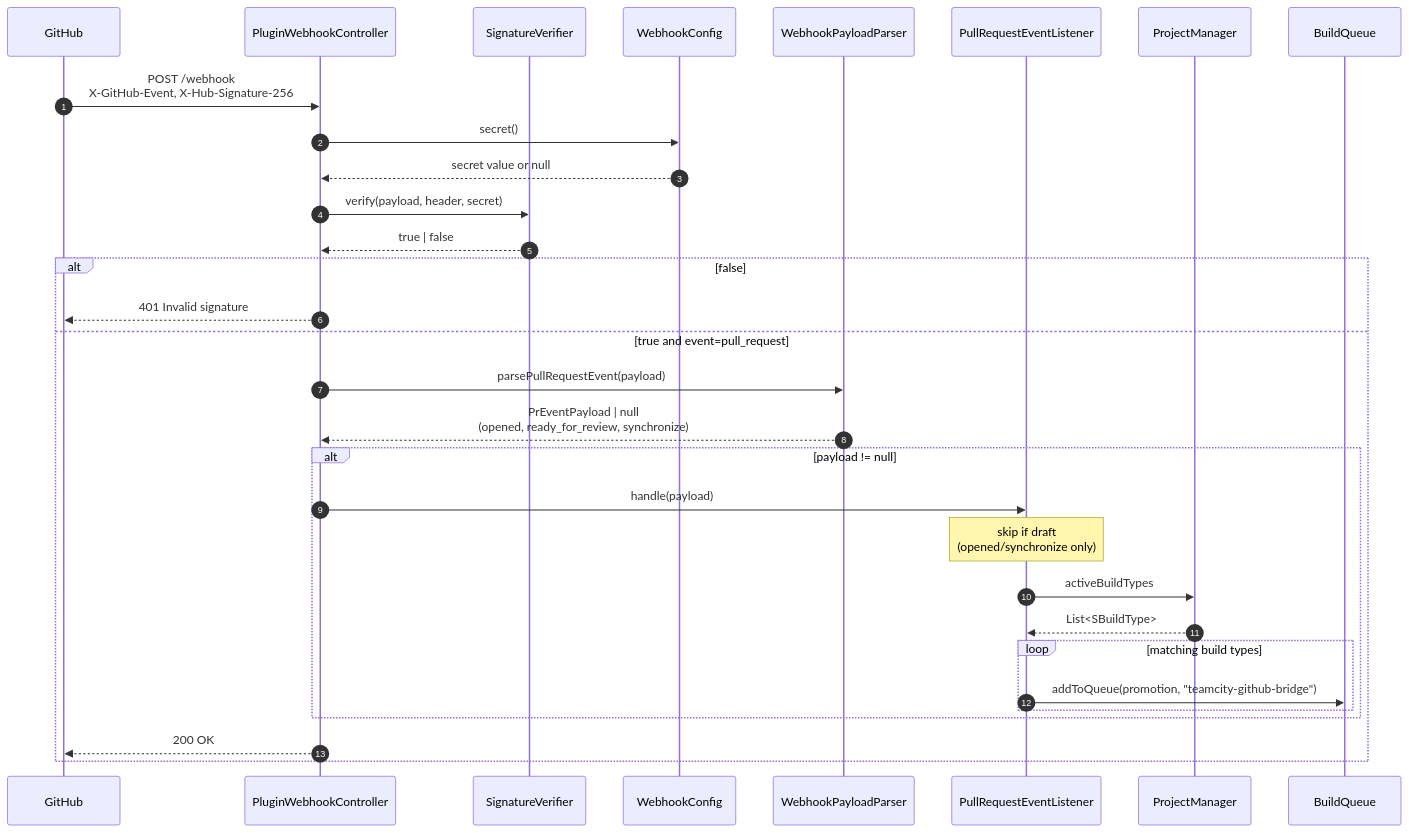
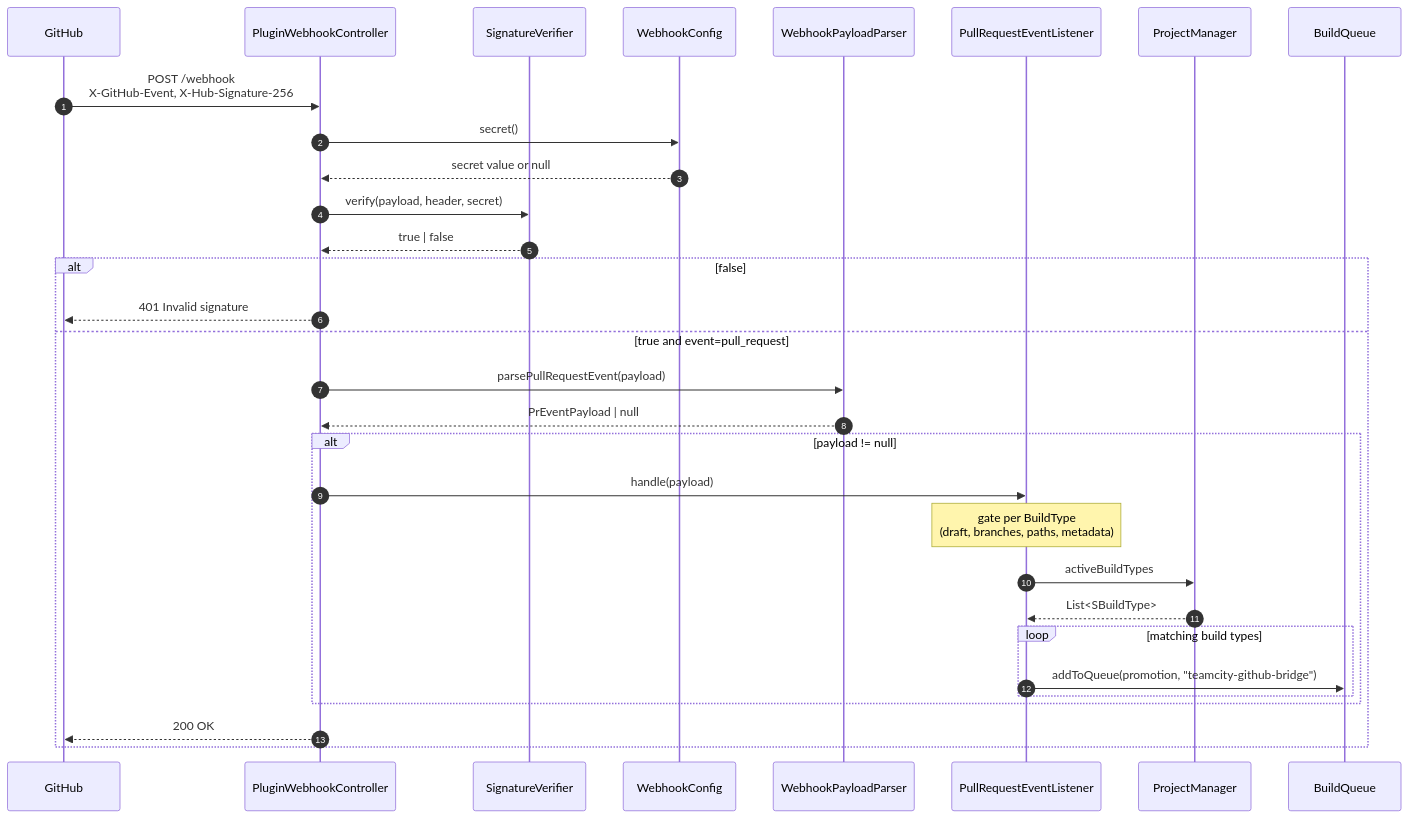
The second of 3 diagrams in doc/architecture.md (Silmaen/teamcity-github), drawn with Mermaid before and after one commit. The commit also changed other lines of this file and 16 other files, not shown here.

````diff
--- a/doc/architecture.md
+++ b/doc/architecture.md
@@ -284,34 +305,34 @@
 ```mermaid
 sequenceDiagram
     autonumber
     participant GH as GitHub
     participant PWC as PluginWebhookController
     participant SV as SignatureVerifier
     participant WC as WebhookConfig
     participant WPP as WebhookPayloadParser
     participant RFR as PullRequestEventListener
     participant PM as ProjectManager
     participant Q as BuildQueue
 
     GH->>PWC: POST /webhook<br/>X-GitHub-Event, X-Hub-Signature-256
     PWC->>WC: secret()
     WC-->>PWC: secret value or null
     PWC->>SV: verify(payload, header, secret)
     SV-->>PWC: true | false
     alt false
         PWC-->>GH: 401 Invalid signature
     else true and event=pull_request
         PWC->>WPP: parsePullRequestEvent(payload)
-        WPP-->>PWC: PrEventPayload | null<br/>(opened, ready_for_review, synchronize)
+        WPP-->>PWC: PrEventPayload | null
         alt payload != null
             PWC->>RFR: handle(payload)
-            Note over RFR: skip if draft<br/>(opened/synchronize only)
+            Note over RFR: gate per BuildType<br/>(draft, branches, paths, metadata)
             RFR->>PM: activeBuildTypes
             PM-->>RFR: List<SBuildType>
             loop matching build types
                 RFR->>Q: addToQueue(promotion, "teamcity-github-bridge")
             end
         end
         PWC-->>GH: 200 OK
     end
 ```
````
